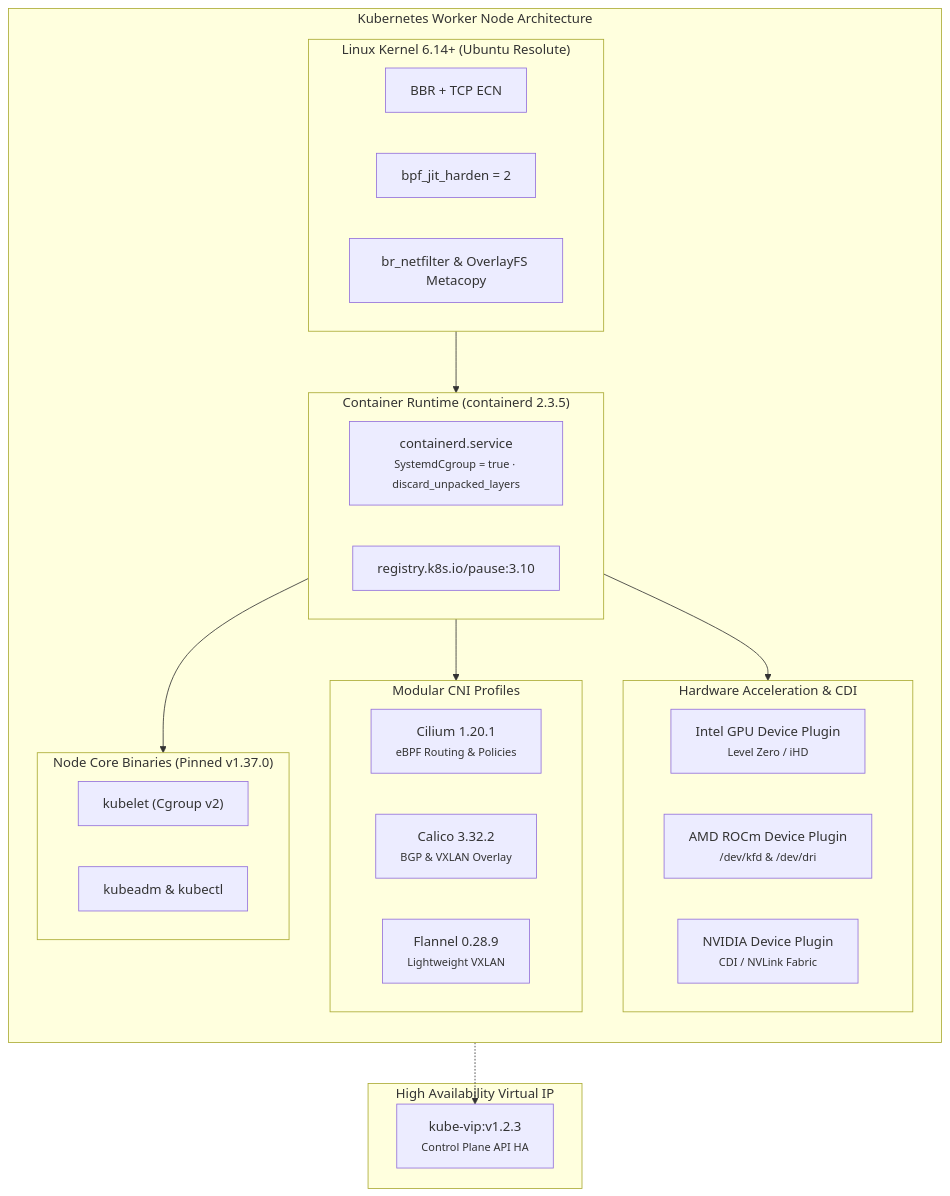
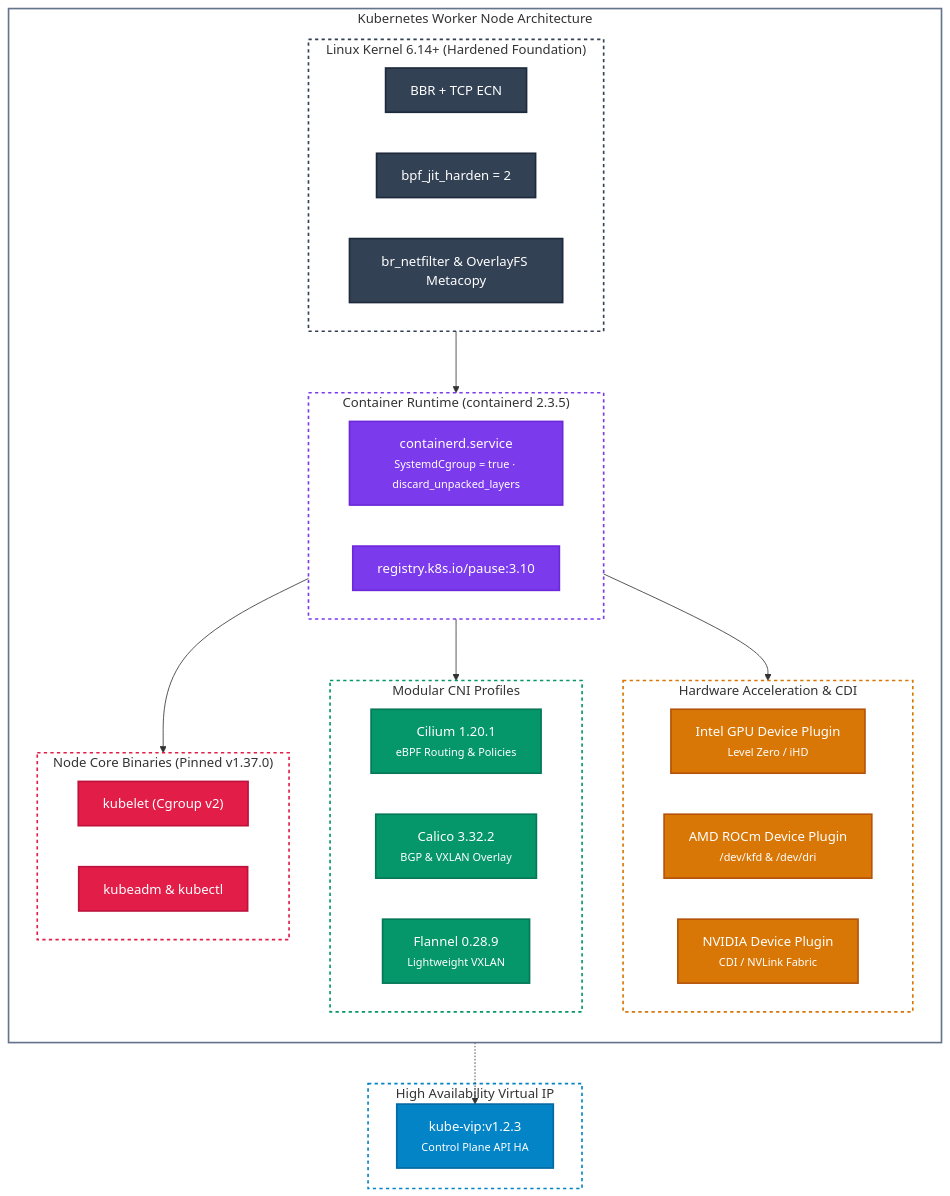
The diagram in docs/flavors/kubernetes.md (lusoris/lusoris-cloud-images), drawn with Mermaid before and after one commit. The commit also changed other lines of this file and 53 other files, not shown here.

First line of the commit message:
feat(agents): implement ai studio managed agents fleet, compliance pipeline, and diagram styling (#24)

````diff
--- a/docs/flavors/kubernetes.md
+++ b/docs/flavors/kubernetes.md
@@ -17,43 +17,59 @@
 ```mermaid
 flowchart TD
+    %% Semantic class definitions with vibrant, high-contrast jewel palettes
+    classDef vip fill:#0284c7,stroke:#0369a1,stroke-width:2px,color:#ffffff
+    classDef core fill:#e11d48,stroke:#be123c,stroke-width:2px,color:#ffffff
+    classDef runtime fill:#7c3aed,stroke:#6d28d9,stroke-width:2px,color:#ffffff
+    classDef cni fill:#059669,stroke:#047857,stroke-width:2px,color:#ffffff
+    classDef hw fill:#d97706,stroke:#b45309,stroke-width:2px,color:#ffffff
+    classDef os fill:#334155,stroke:#1e293b,stroke-width:2px,color:#ffffff
+
     subgraph ControlPlaneVIP["High Availability Virtual IP"]
-        KV["kube-vip:v1.2.3<br/><small>Control Plane API HA</small>"]
+        KV["kube-vip:v1.2.3<br/><small>Control Plane API HA</small>"]:::vip
     end
 
     subgraph NodeStack["Kubernetes Worker Node Architecture"]
         direction TB
         subgraph K8sCore["Node Core Binaries (Pinned v1.37.0)"]
-            Kubelet["kubelet (Cgroup v2)"]
-            Kubeadm["kubeadm & kubectl"]
+            Kubelet["kubelet (Cgroup v2)"]:::core
+            Kubeadm["kubeadm & kubectl"]:::core
         end
 
         subgraph RuntimeLayer["Container Runtime (containerd 2.3.5)"]
-            Containerd["containerd.service<br/><small>SystemdCgroup = true · discard_unpacked_layers</small>"]
-            Pause["registry.k8s.io/pause:3.10"]
+            Containerd["containerd.service<br/><small>SystemdCgroup = true · discard_unpacked_layers</small>"]:::runtime
+            Pause["registry.k8s.io/pause:3.10"]:::runtime
         end
 
         subgraph CNIProfiles["Modular CNI Profiles"]
-            Cilium["Cilium 1.20.1<br/><small>eBPF Routing & Policies</small>"]
-            Calico["Calico 3.32.2<br/><small>BGP & VXLAN Overlay</small>"]
-            Flannel["Flannel 0.28.9<br/><small>Lightweight VXLAN</small>"]
+            Cilium["Cilium 1.20.1<br/><small>eBPF Routing & Policies</small>"]:::cni
+            Calico["Calico 3.32.2<br/><small>BGP & VXLAN Overlay</small>"]:::cni
+            Flannel["Flannel 0.28.9<br/><small>Lightweight VXLAN</small>"]:::cni
         end
 
         subgraph HardwareCDI["Hardware Acceleration & CDI"]
-            IntelDP["Intel GPU Device Plugin<br/><small>Level Zero / iHD</small>"]
-            AMDDP["AMD ROCm Device Plugin<br/><small>/dev/kfd & /dev/dri</small>"]
-            NvidiaDP["NVIDIA Device Plugin<br/><small>CDI / NVLink Fabric</small>"]
+            IntelDP["Intel GPU Device Plugin<br/><small>Level Zero / iHD</small>"]:::hw
+            AMDDP["AMD ROCm Device Plugin<br/><small>/dev/kfd & /dev/dri</small>"]:::hw
+            NvidiaDP["NVIDIA Device Plugin<br/><small>CDI / NVLink Fabric</small>"]:::hw
         end
 
-        subgraph OSFoundation["Linux Kernel 6.14+ (Ubuntu Resolute)"]
-            BBR["BBR + TCP ECN"]
-            BPF["bpf_jit_harden = 2"]
-            Netfilter["br_netfilter & OverlayFS Metacopy"]
+        subgraph OSFoundation["Linux Kernel 6.14+ (Hardened Foundation)"]
+            BBR["BBR + TCP ECN"]:::os
+            BPF["bpf_jit_harden = 2"]:::os
+            Netfilter["br_netfilter & OverlayFS Metacopy"]:::os
         end
     end
 
     OSFoundation --> RuntimeLayer
     RuntimeLayer --> K8sCore
     RuntimeLayer --> CNIProfiles
     RuntimeLayer --> HardwareCDI
     K8sCore -.-> KV
+
+    style ControlPlaneVIP fill:none,stroke:#0284c7,stroke-width:2px,stroke-dasharray: 4 4
+    style NodeStack fill:none,stroke:#64748b,stroke-width:2px
+    style K8sCore fill:none,stroke:#e11d48,stroke-width:2px,stroke-dasharray: 4 4
+    style RuntimeLayer fill:none,stroke:#7c3aed,stroke-width:2px,stroke-dasharray: 4 4
+    style CNIProfiles fill:none,stroke:#059669,stroke-width:2px,stroke-dasharray: 4 4
+    style HardwareCDI fill:none,stroke:#d97706,stroke-width:2px,stroke-dasharray: 4 4
+    style OSFoundation fill:none,stroke:#334155,stroke-width:2px,stroke-dasharray: 4 4
 ```
````
